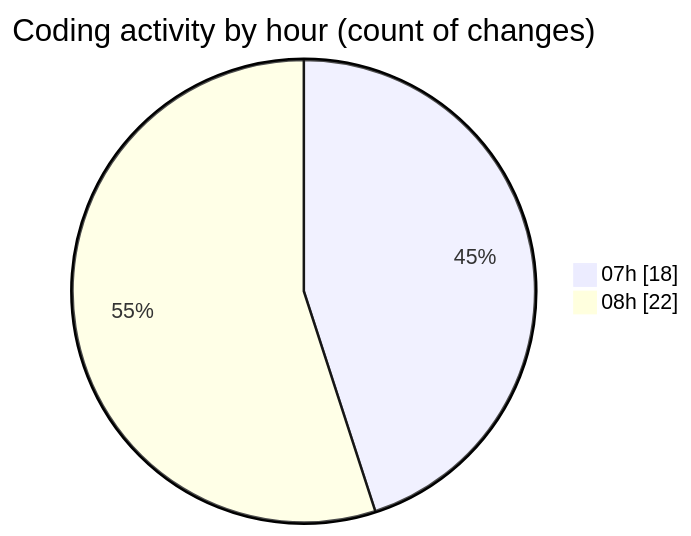
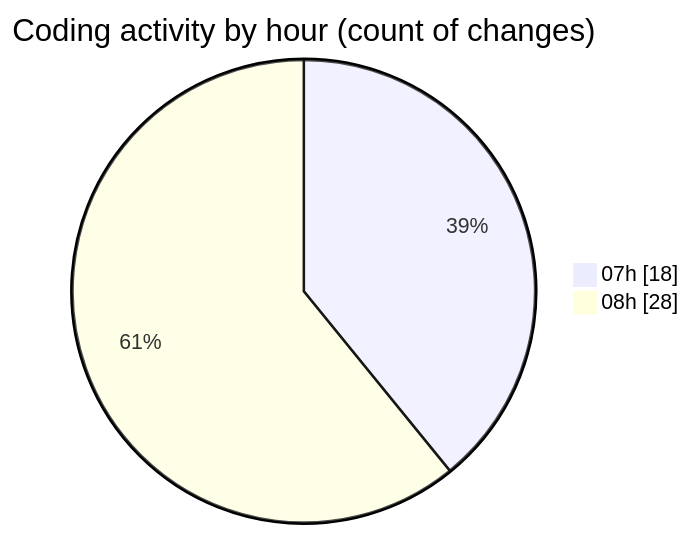
Before and after one commit to robertbonfada/code-tracking: the second of 2 diagrams in 2025-02-03/mbc-web/README.md, drawn with Mermaid. The commit also changed other lines of this file and 1 other file, not shown here.

````diff
--- a/2025-02-03/mbc-web/README.md
+++ b/2025-02-03/mbc-web/README.md
@@ -34,6 +36,6 @@
 ```mermaid
 pie showData
 title Coding activity by hour (count of changes)
 "07h" : 18
-"08h" : 22
+"08h" : 28
 ```
````
